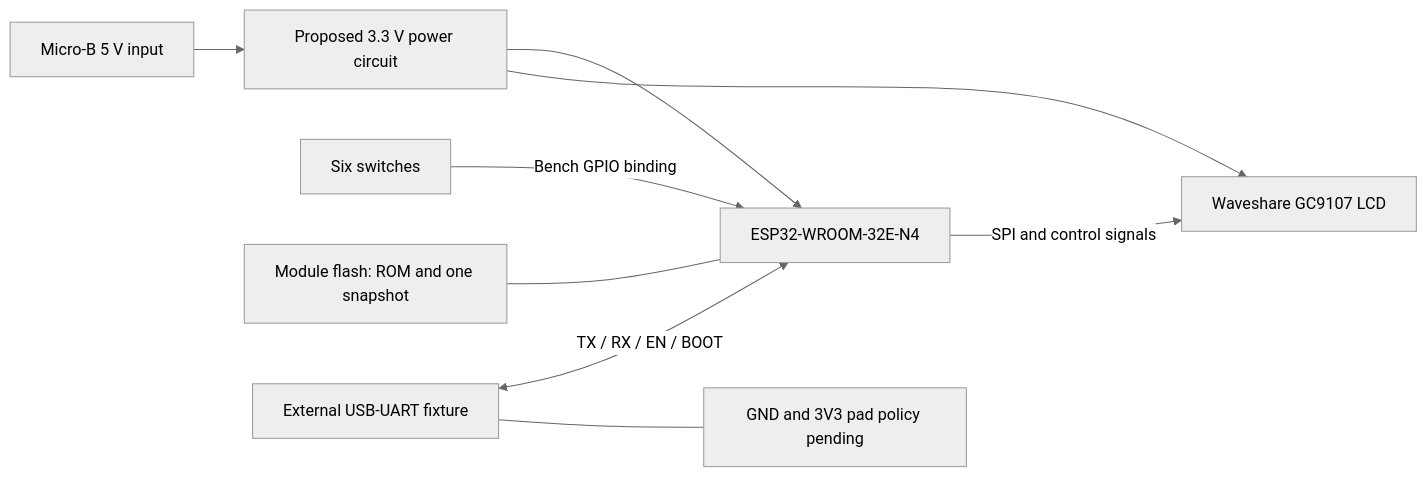
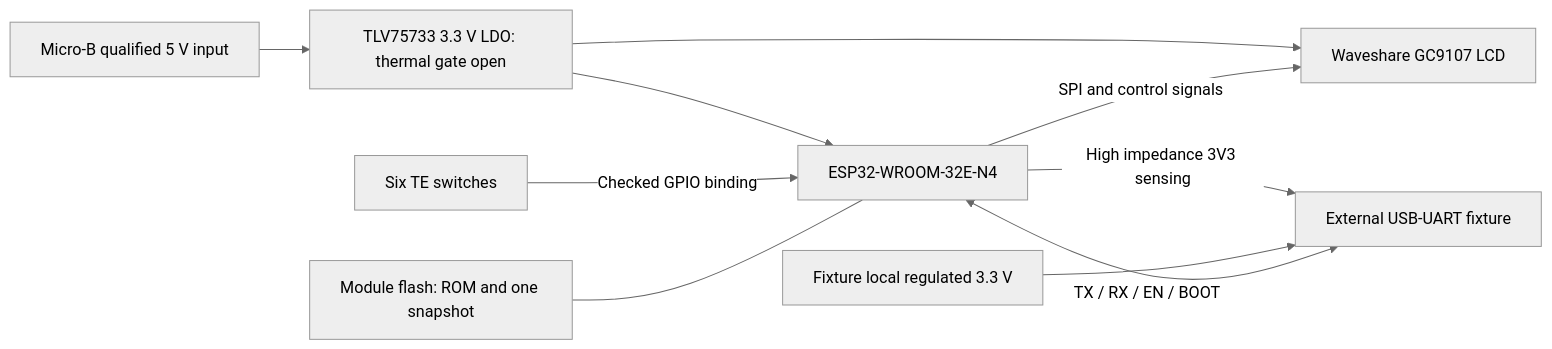
Before and after one commit to 5haman/especcy: the first of 2 diagrams in docs/architecture.md, drawn with Mermaid (neutral theme). The commit also changed other lines of this file and 68 other files, not shown here.

````diff
--- a/docs/architecture.md
+++ b/docs/architecture.md
@@ -9,11 +9,12 @@
 ```mermaid
 flowchart LR
-    USB[Micro-B 5 V input] --> Power[Proposed 3.3 V power circuit]
+    USB[Micro-B qualified 5 V input] --> Power[TLV75733 3.3 V LDO: thermal gate open]
     Power --> ESP[ESP32-WROOM-32E-N4]
     Power --> LCD[Waveshare GC9107 LCD]
-    Buttons[Six switches] -->|Bench GPIO binding| ESP
+    Buttons[Six TE switches] -->|Checked GPIO binding| ESP
     ESP -->|SPI and control signals| LCD
     Flash[Module flash: ROM and one snapshot] --- ESP
     Fixture[External USB-UART fixture] <-->|TX / RX / EN / BOOT| ESP
-    Fixture --- Pads[GND and 3V3 pad policy pending]
+    ESP -->|High impedance 3V3 sensing| Fixture
+    Local[Fixture local regulated 3.3 V] --> Fixture
 ```
````
